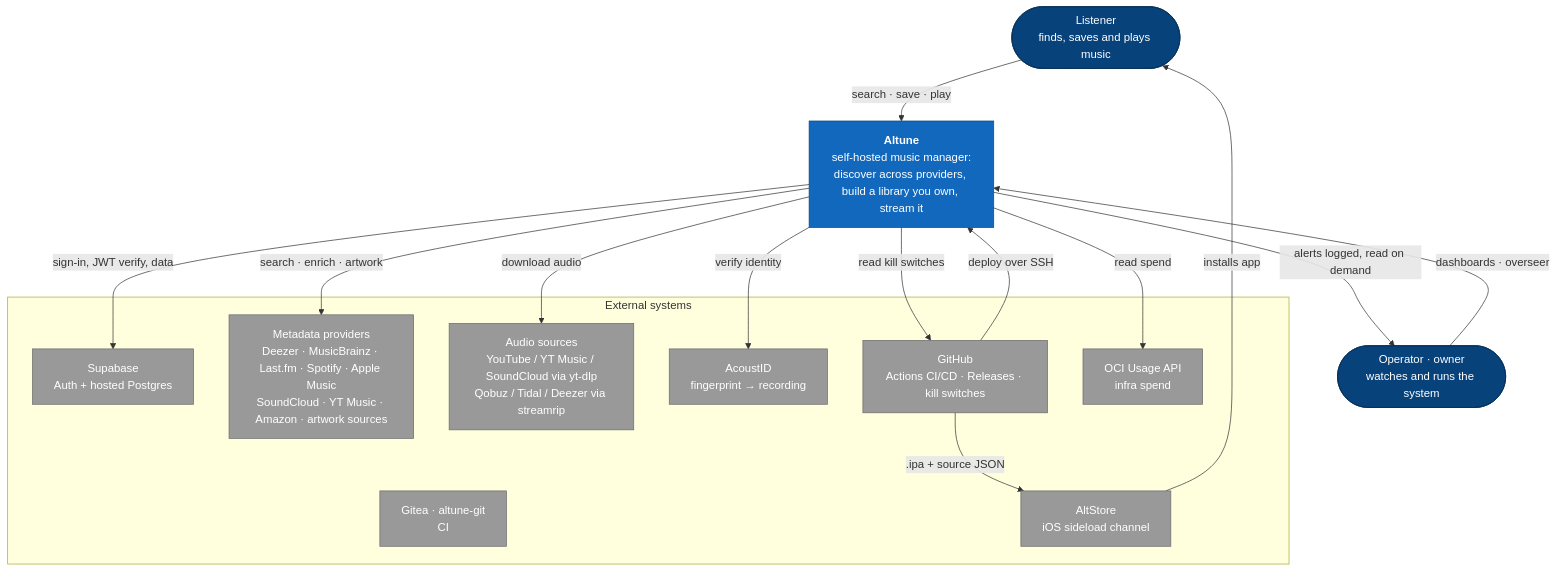
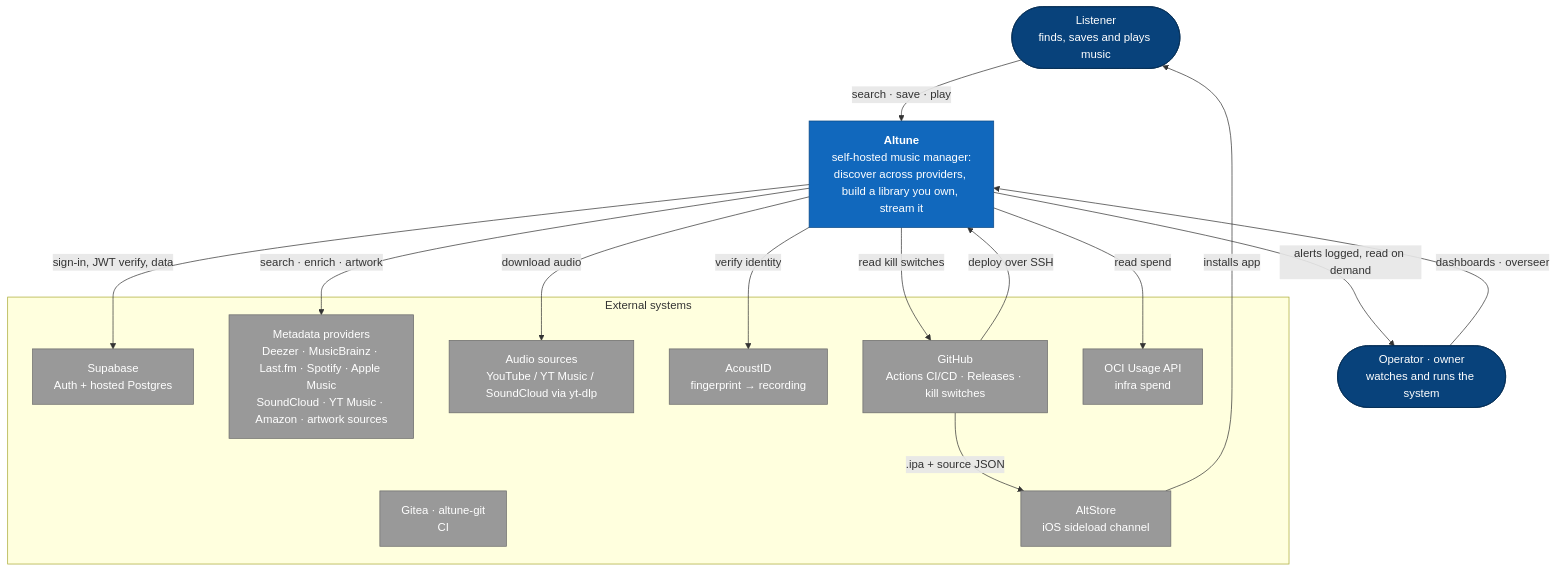
Before and after one commit to aleburrascano/altune: the first of 3 diagrams in docs/diagrams/system.md, drawn with Mermaid. The commit also changed other lines of this file and 28 other files, not shown here.

````diff
--- a/docs/diagrams/system.md
+++ b/docs/diagrams/system.md
@@ -7,38 +7,38 @@
 ```mermaid
 flowchart TD
     listener(["Listener<br/>finds, saves and plays music"])
     operator(["Operator · owner<br/>watches and runs the system"])
 
     altune["<b>Altune</b><br/>self-hosted music manager:<br/>discover across providers, build a library you own, stream it"]
 
     subgraph ext [External systems]
         supa["Supabase<br/>Auth + hosted Postgres"]
         meta["Metadata providers<br/>Deezer · MusicBrainz · Last.fm · Spotify · Apple Music<br/>SoundCloud · YT Music · Amazon · artwork sources"]
-        sources["Audio sources<br/>YouTube / YT Music / SoundCloud via yt-dlp<br/>Qobuz / Tidal / Deezer via streamrip"]
+        sources["Audio sources<br/>YouTube / YT Music / SoundCloud via yt-dlp"]
         acoustid["AcoustID<br/>fingerprint → recording"]
         github["GitHub<br/>Actions CI/CD · Releases · kill switches"]
         gitea["Gitea · altune-git<br/>CI"]
         altstore["AltStore<br/>iOS sideload channel"]
         ociusage["OCI Usage API<br/>infra spend"]
     end
 
     listener -->|search · save · play| altune
     operator -->|dashboards · overseer| altune
     altune -->|sign-in, JWT verify, data| supa
     altune -->|search · enrich · artwork| meta
     altune -->|download audio| sources
     altune -->|verify identity| acoustid
     altune -->|read kill switches| github
     github -->|deploy over SSH| altune
     altune -->|alerts logged, read on demand| operator
     altstore -->|installs app| listener
     github -->|.ipa + source JSON| altstore
     altune -->|read spend| ociusage
 
     classDef sys fill:#1168bd,color:#fff,stroke:#0b4884
     classDef person fill:#08427b,color:#fff,stroke:#052e56
     classDef external fill:#999,color:#fff,stroke:#6b6b6b
     class altune sys
     class listener,operator person
     class supa,meta,sources,acoustid,github,gitea,altstore,ociusage external
 ```
````
